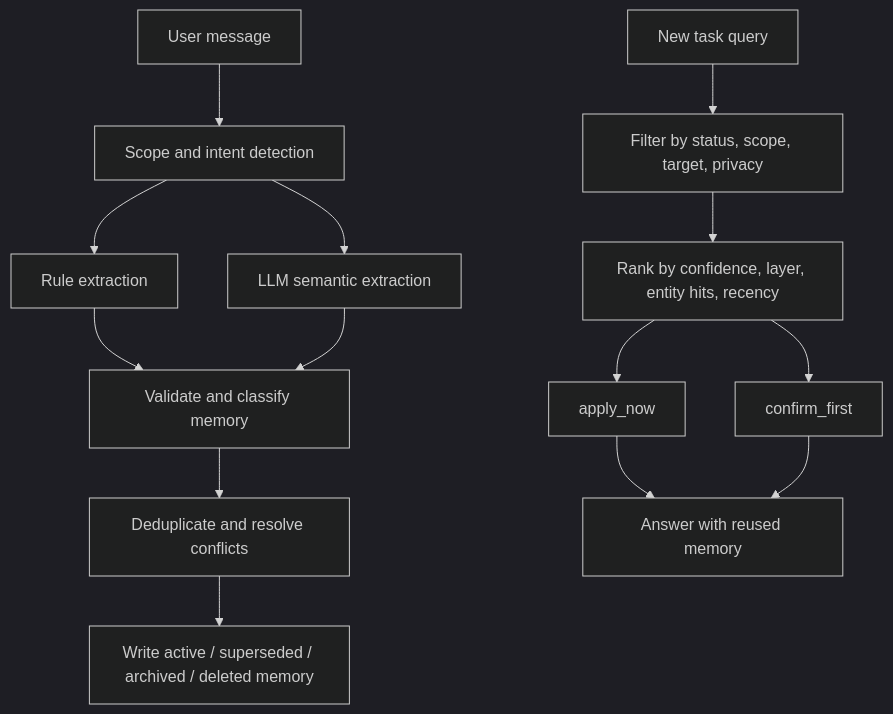
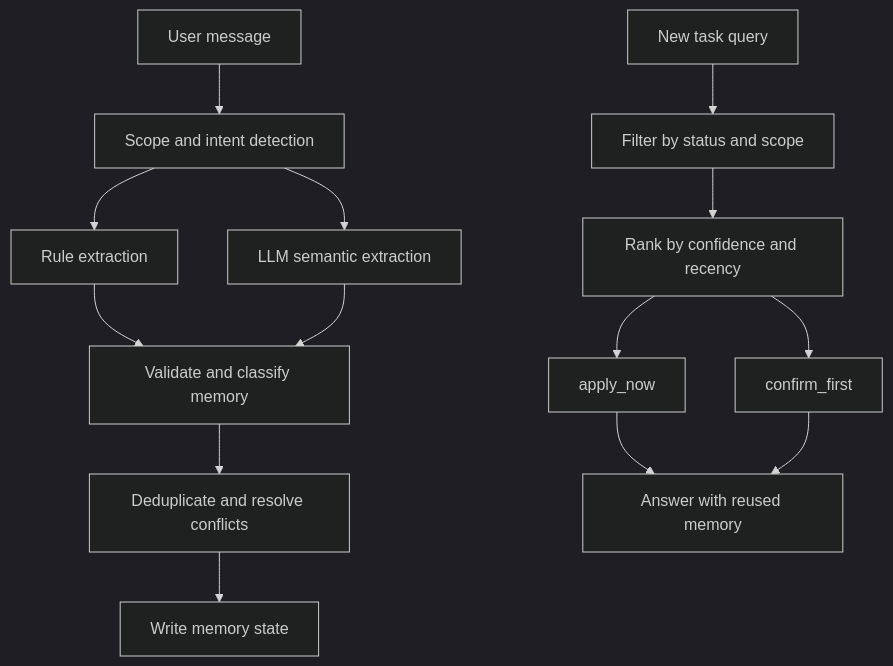
Before and after one commit to SUMMERVIVIAN4U/Assist-Everything-BetterAndBetter-skill: the second of 3 diagrams in README.md, drawn with Mermaid (dark theme). The commit also changed other lines of this file, not shown here.

Commit message:
Fix GitHub Mermaid rendering in README

````diff
--- a/README.md
+++ b/README.md
@@ -183,17 +183,17 @@
 ```mermaid
 flowchart TD
-  U[User message] --> S[Scope and intent detection]
-  S --> R[Rule extraction]
-  S --> L[LLM semantic extraction]
-  R --> V[Validate and classify memory]
+  U["User message"] --> S["Scope and intent detection"]
+  S --> R["Rule extraction"]
+  S --> L["LLM semantic extraction"]
+  R --> V["Validate and classify memory"]
   L --> V
-  V --> D[Deduplicate and resolve conflicts]
-  D --> W[Write active / superseded / archived / deleted memory]
+  V --> D["Deduplicate and resolve conflicts"]
+  D --> W["Write memory state"]
 
-  Q[New task query] --> F[Filter by status, scope, target, privacy]
-  F --> K[Rank by confidence, layer, entity hits, recency]
-  K --> A[apply_now]
-  K --> C[confirm_first]
-  A --> Ans[Answer with reused memory]
+  Q["New task query"] --> F["Filter by status and scope"]
+  F --> K["Rank by confidence and recency"]
+  K --> A["apply_now"]
+  K --> C["confirm_first"]
+  A --> Ans["Answer with reused memory"]
   C --> Ans
 ```
````
